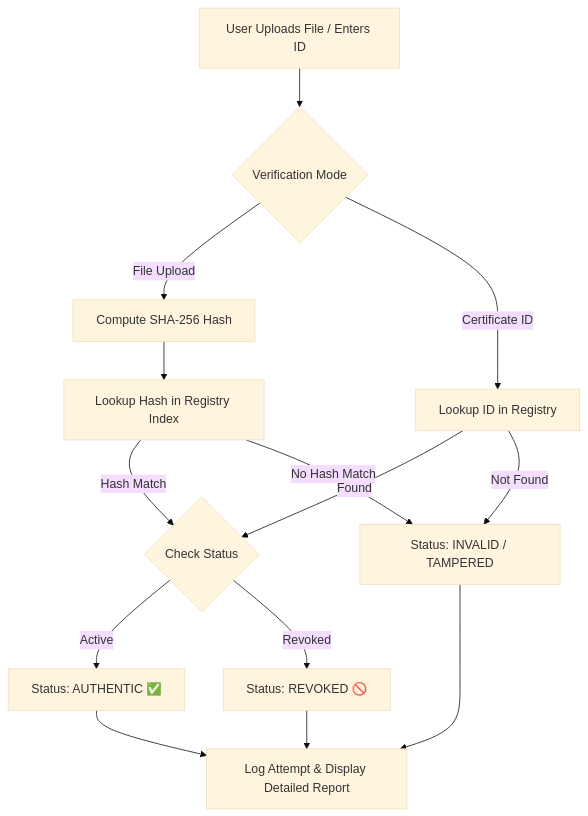
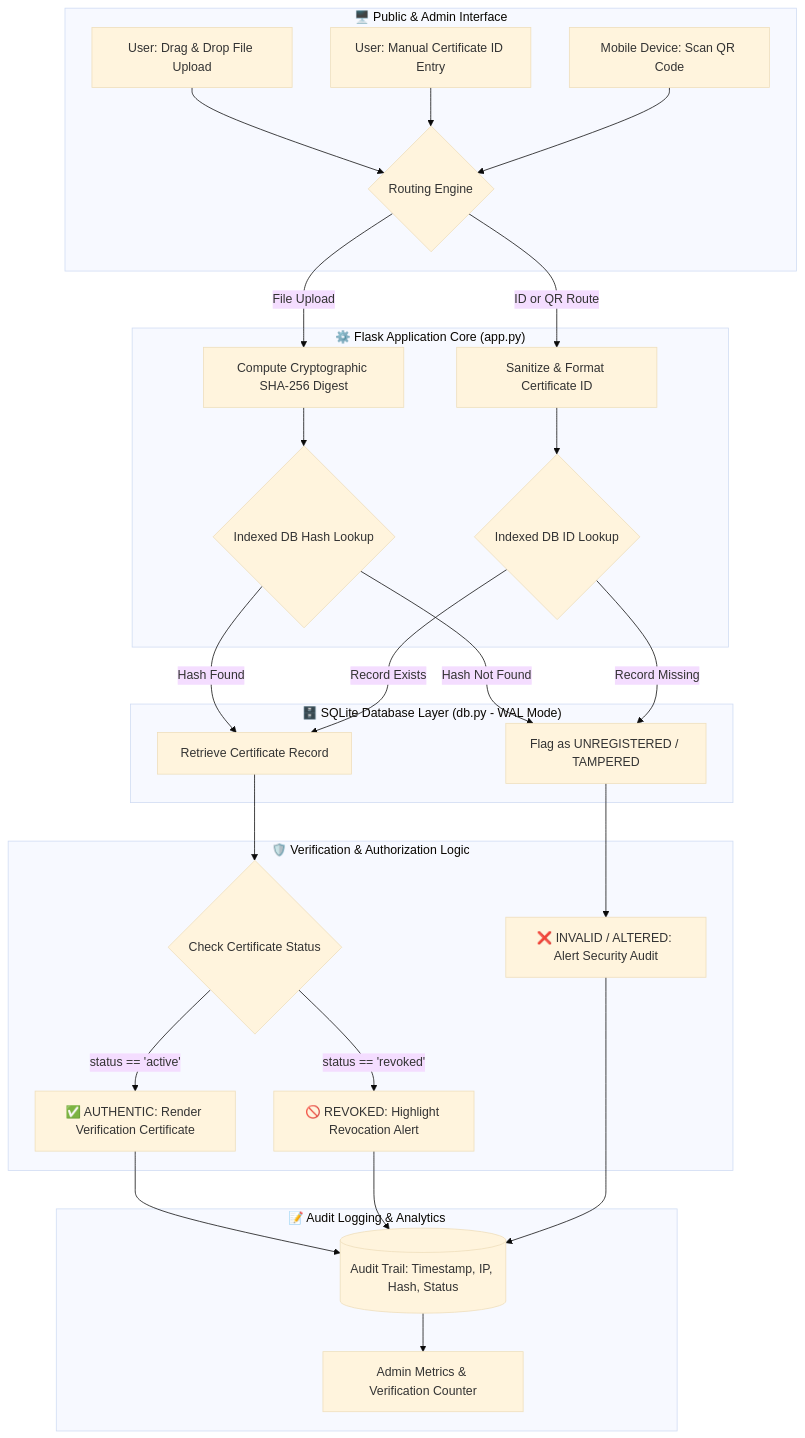
The diagram in README.md (ranjithbrs/CertValid), drawn with Mermaid (base theme) before and after one commit. The commit also changed other lines of this file, not shown here.

Commit message:
Elevate README with standardized badges, Mermaid architecture flowchart, REST API specifications, and author branding

````diff
--- a/README.md
+++ b/README.md
@@ -144,16 +38,36 @@
 ```mermaid
-graph TD
-    A[User Uploads File / Enters ID] --> B{Verification Mode}
-    B -- File Upload --> C[Compute SHA-256 Hash]
-    C --> D[Lookup Hash in Registry Index]
-    B -- Certificate ID --> E[Lookup ID in Registry]
-    D -- Hash Match --> F{Check Status}
-    D -- No Hash Match --> G[Status: INVALID / TAMPERED]
-    E -- Found --> F
-    E -- Not Found --> G
-    F -- Active --> H[Status: AUTHENTIC ✅]
-    F -- Revoked --> I[Status: REVOKED 🚫]
-    H --> J[Log Attempt & Display Detailed Report]
-    G --> J
-    I --> J
+flowchart TD
+    subgraph Client["🖥️ Public & Admin Interface"]
+        A[User: Drag & Drop File Upload] --> C{Routing Engine}
+        B[User: Manual Certificate ID Entry] --> C
+        QR[Mobile Device: Scan QR Code] --> C
+    end
+
+    subgraph CoreEngine["⚙️ Flask Application Core (app.py)"]
+        C -->|File Upload| D[Compute Cryptographic SHA-256 Digest]
+        C -->|ID or QR Route| E[Sanitize & Format Certificate ID]
+        D --> F{Indexed DB Hash Lookup}
+        E --> G{Indexed DB ID Lookup}
+    end
+
+    subgraph Storage["🗄️ SQLite Database Layer (db.py - WAL Mode)"]
+        F -->|Hash Found| H[Retrieve Certificate Record]
+        F -->|Hash Not Found| I[Flag as UNREGISTERED / TAMPERED]
+        G -->|Record Exists| H
+        G -->|Record Missing| I
+    end
+
+    subgraph Security["🛡️ Verification & Authorization Logic"]
+        H --> J{Check Certificate Status}
+        J -->|status == 'active'| K[✅ AUTHENTIC: Render Verification Certificate]
+        J -->|status == 'revoked'| L[🚫 REVOKED: Highlight Revocation Alert]
+        I --> M[❌ INVALID / ALTERED: Alert Security Audit]
+    end
+
+    subgraph AuditLog["📝 Audit Logging & Analytics"]
+        K --> N[(Audit Trail: Timestamp, IP, Hash, Status)]
+        L --> N
+        M --> N
+        N --> O[Admin Metrics & Verification Counter]
+    end
 ```
````
